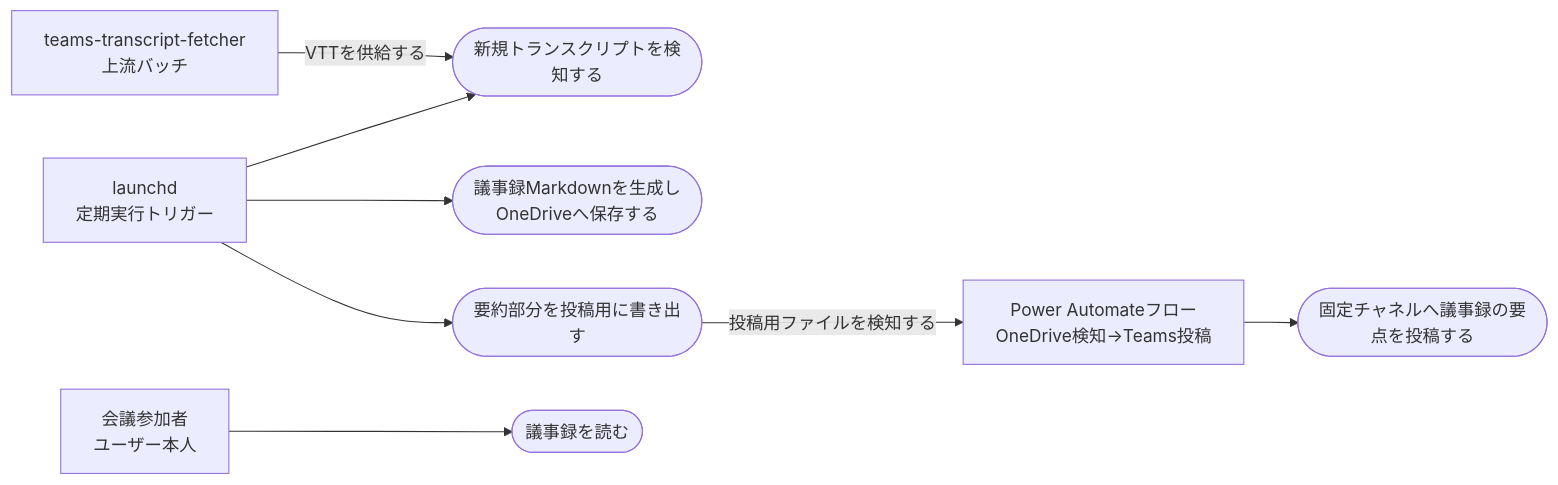
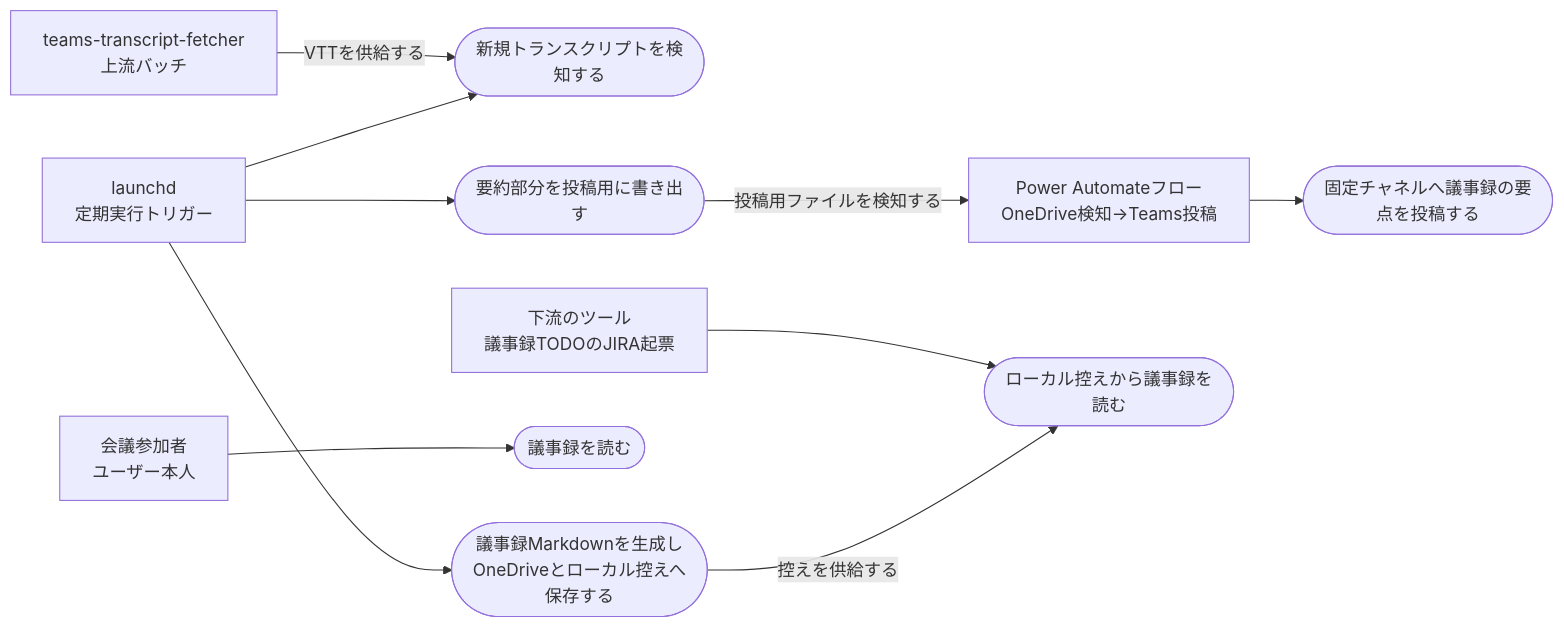
Before and after one commit to dnode-ryosuke-yamazaki/study: the diagram in apps/meeting-minutes-generator/specs/minutes-auto-generation/requirements.md, drawn with Mermaid. The commit also changed other lines of this file and 3 other files, not shown here.

````diff
--- a/apps/meeting-minutes-generator/specs/minutes-auto-generation/requirements.md
+++ b/apps/meeting-minutes-generator/specs/minutes-auto-generation/requirements.md
@@ -21,21 +21,24 @@
 ```mermaid
 flowchart LR
     fetcher["teams-transcript-fetcher<br>上流バッチ"]
     launchd["launchd<br>定期実行トリガー"]
     user["会議参加者<br>ユーザー本人"]
     flow["Power Automateフロー<br>OneDrive検知→Teams投稿"]
 
     uc1(["新規トランスクリプトを検知する"])
-    uc2(["議事録Markdownを生成しOneDriveへ保存する"])
+    uc2(["議事録Markdownを生成しOneDriveとローカル控えへ保存する"])
     uc3(["要約部分を投稿用に書き出す"])
     uc4(["固定チャネルへ議事録の要点を投稿する"])
     uc5(["議事録を読む"])
+    uc6(["ローカル控えから議事録を読む"])
 
     fetcher -- VTTを供給する --> uc1
     launchd --> uc1
     launchd --> uc2
     launchd --> uc3
     uc3 -- 投稿用ファイルを検知する --> flow
     flow --> uc4
     user --> uc5
+    tool["下流のツール<br>議事録TODOのJIRA起票"] --> uc6
+    uc2 -- 控えを供給する --> uc6
 ```
````
